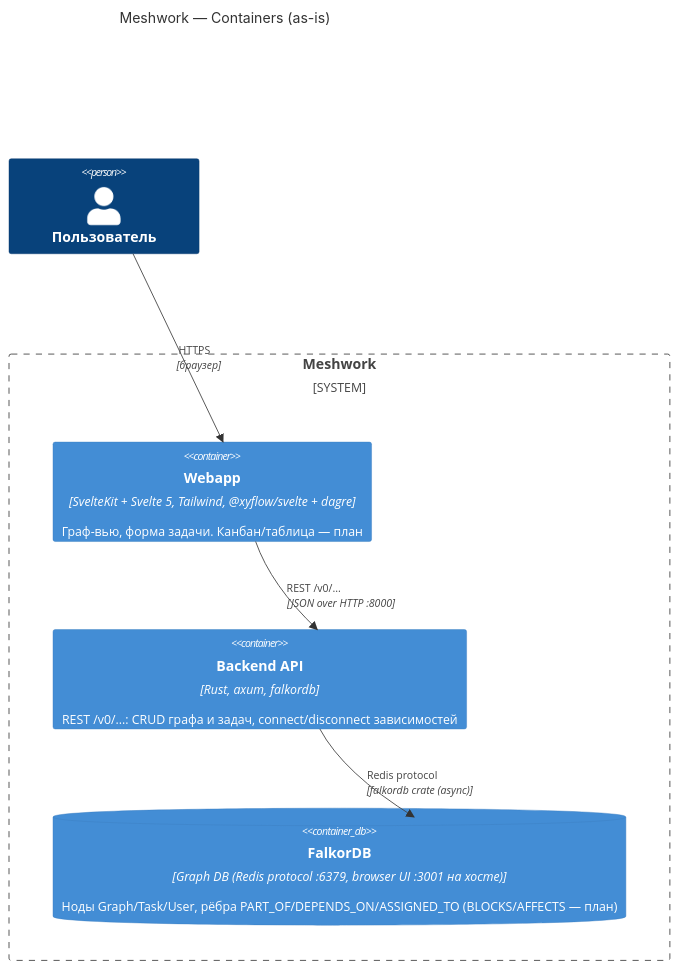
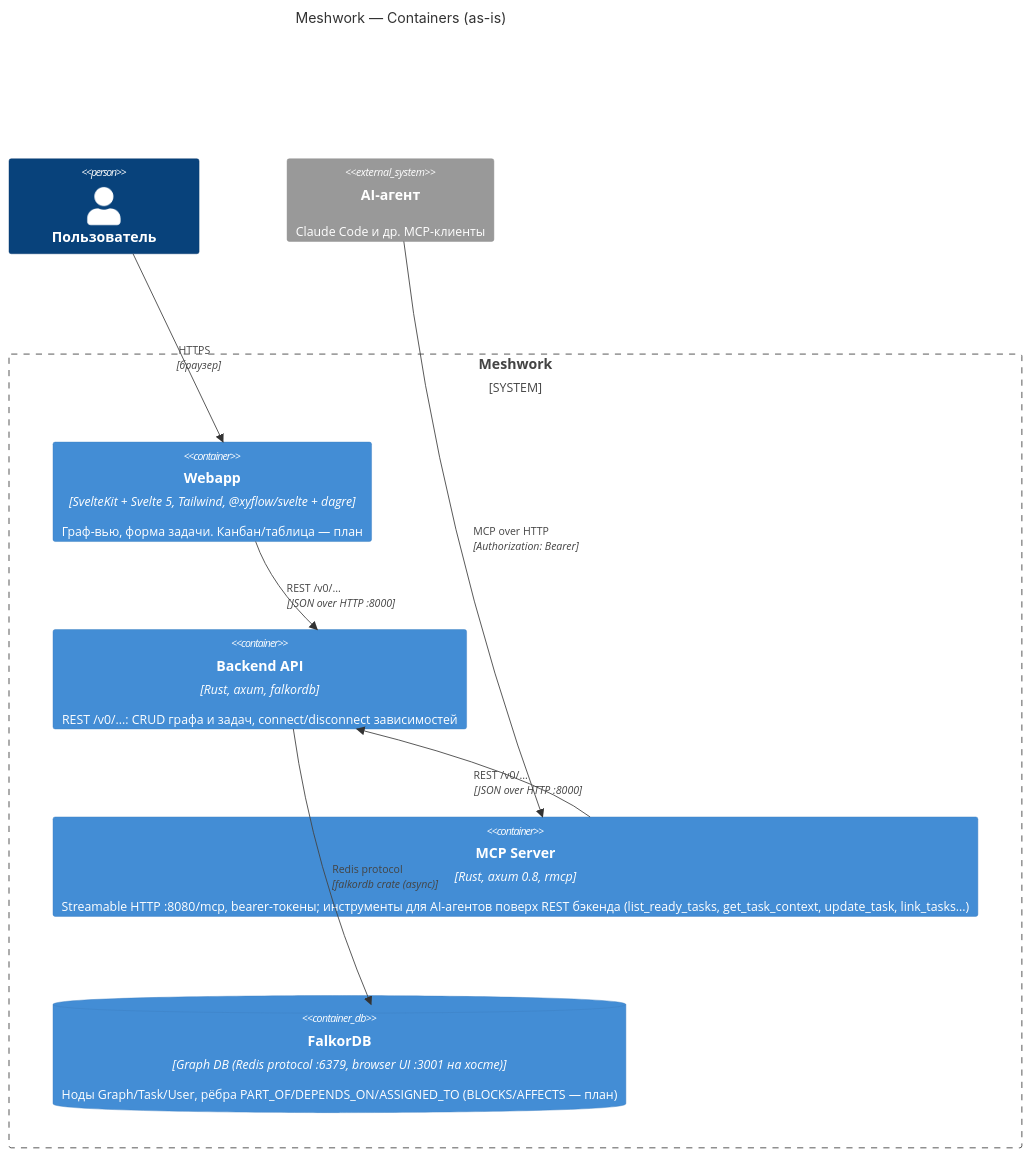
One commit to NotBioWaste905/Meshwork changed the second of 3 diagrams in docs/architecture.md. Above: the diagram before and after it, drawn with Mermaid. The commit also changed 17 other files, not shown here.

First line of the commit message:
Add the MCP server for AI agents

````diff
--- a/docs/architecture.md
+++ b/docs/architecture.md
@@ -32,16 +32,20 @@
 ```mermaid
 C4Container
     title Meshwork — Containers (as-is)
 
     Person(user, "Пользователь")
+    System_Ext(agent, "AI-агент", "Claude Code и др. MCP-клиенты")
 
     System_Boundary(meshwork, "Meshwork") {
         Container(frontend, "Webapp", "SvelteKit + Svelte 5, Tailwind, @xyflow/svelte + dagre", "Граф-вью, форма задачи. Канбан/таблица — план")
         Container(backend, "Backend API", "Rust, axum, falkordb", "REST /v0/...: CRUD графа и задач, connect/disconnect зависимостей")
+        Container(mcp, "MCP Server", "Rust, axum 0.8, rmcp", "Streamable HTTP :8080/mcp, bearer-токены; инструменты для AI-агентов поверх REST бэкенда (list_ready_tasks, get_task_context, update_task, link_tasks...)")
         ContainerDb(db, "FalkorDB", "Graph DB (Redis protocol :6379, browser UI :3001 на хосте)", "Ноды Graph/Task/User, рёбра PART_OF/DEPENDS_ON/ASSIGNED_TO (BLOCKS/AFFECTS — план)")
     }
 
     Rel(user, frontend, "HTTPS", "браузер")
     Rel(frontend, backend, "REST /v0/...", "JSON over HTTP :8000")
     Rel(backend, db, "Redis protocol", "falkordb crate (async)")
+    Rel(agent, mcp, "MCP over HTTP", "Authorization: Bearer")
+    Rel(mcp, backend, "REST /v0/...", "JSON over HTTP :8000")
 ```
````
